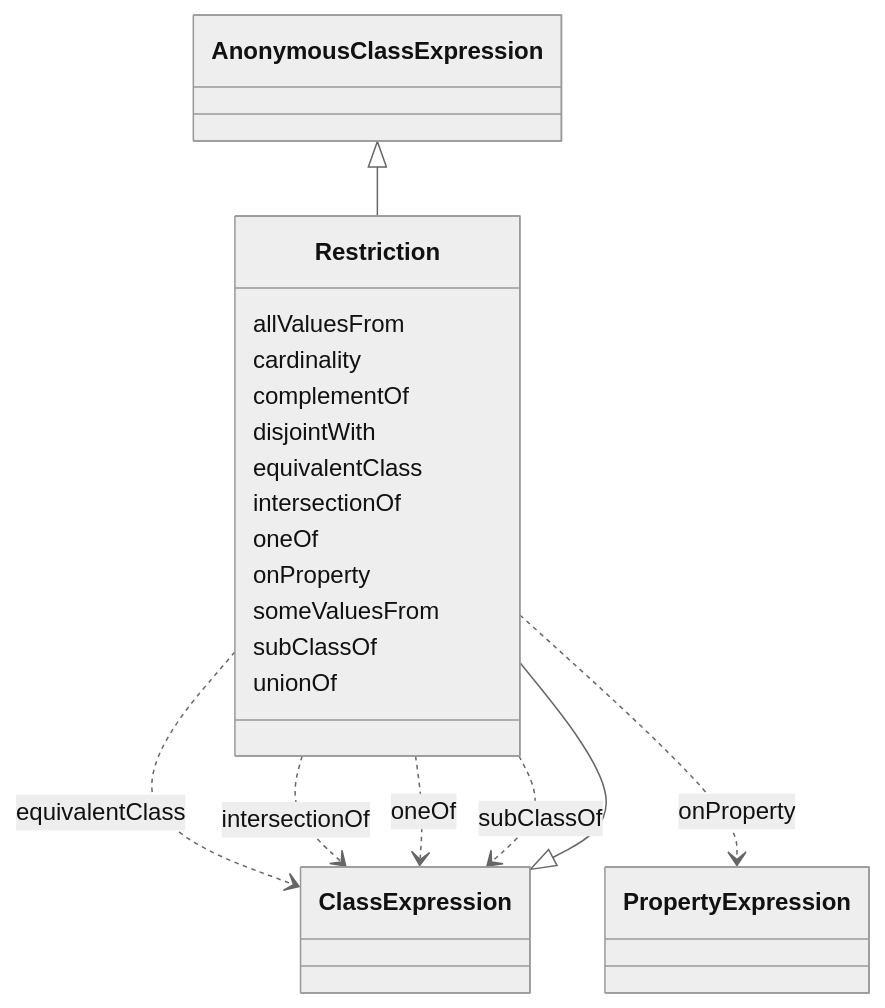
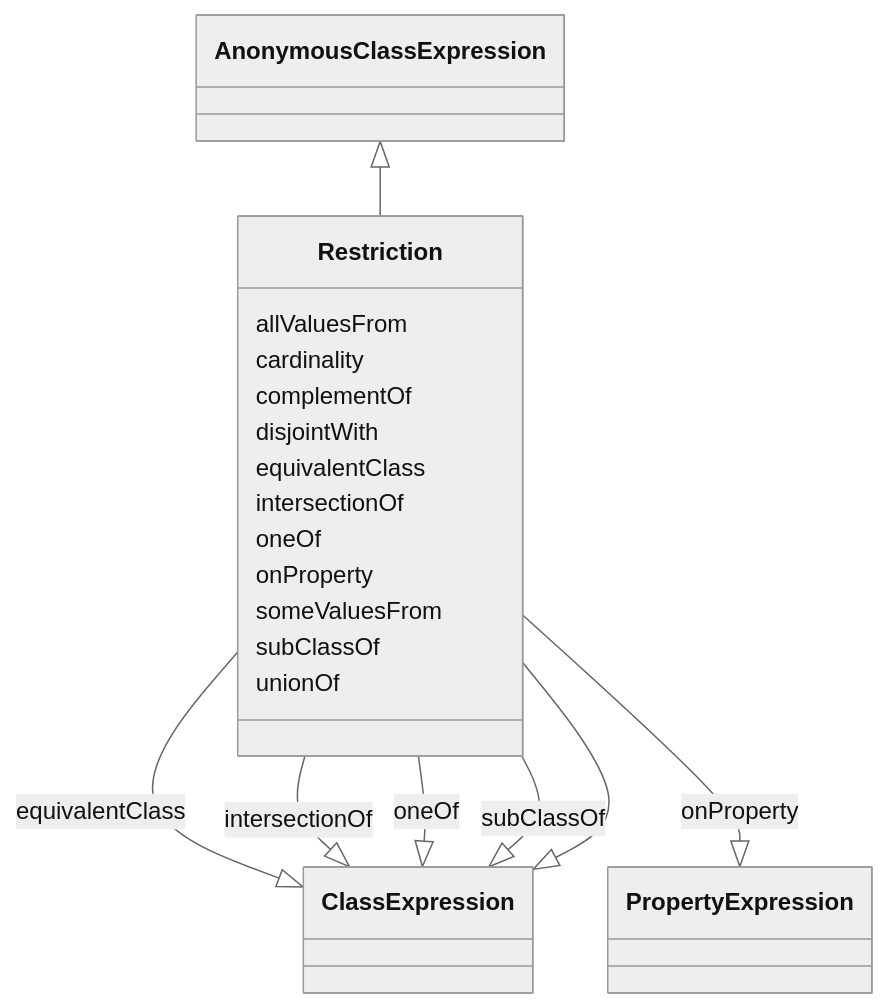
The diagram in ontology-metadata/Restriction.md (INCATools/ontology-access-kit), drawn with Mermaid (neutral theme) before and after one commit. The commit also changed 3011 other files, not shown here.

````diff
--- a/ontology-metadata/Restriction.md
+++ b/ontology-metadata/Restriction.md
@@ -9,40 +9,40 @@
 ```{mermaid}
  classDiagram
     class Restriction
       ClassExpression <|-- Restriction
       AnonymousClassExpression <|-- Restriction
       
       Restriction : allValuesFrom
         
       Restriction : cardinality
         
       Restriction : complementOf
         
       Restriction : disjointWith
         
       Restriction : equivalentClass
         
-          Restriction ..> ClassExpression : equivalentClass
+          Restriction --|> ClassExpression : equivalentClass
         
       Restriction : intersectionOf
         
-          Restriction ..> ClassExpression : intersectionOf
+          Restriction --|> ClassExpression : intersectionOf
         
       Restriction : oneOf
         
-          Restriction ..> ClassExpression : oneOf
+          Restriction --|> ClassExpression : oneOf
         
       Restriction : onProperty
         
-          Restriction ..> PropertyExpression : onProperty
+          Restriction --|> PropertyExpression : onProperty
         
       Restriction : someValuesFrom
         
       Restriction : subClassOf
         
-          Restriction ..> ClassExpression : subClassOf
+          Restriction --|> ClassExpression : subClassOf
         
       Restriction : unionOf
         
       
 ```
````
